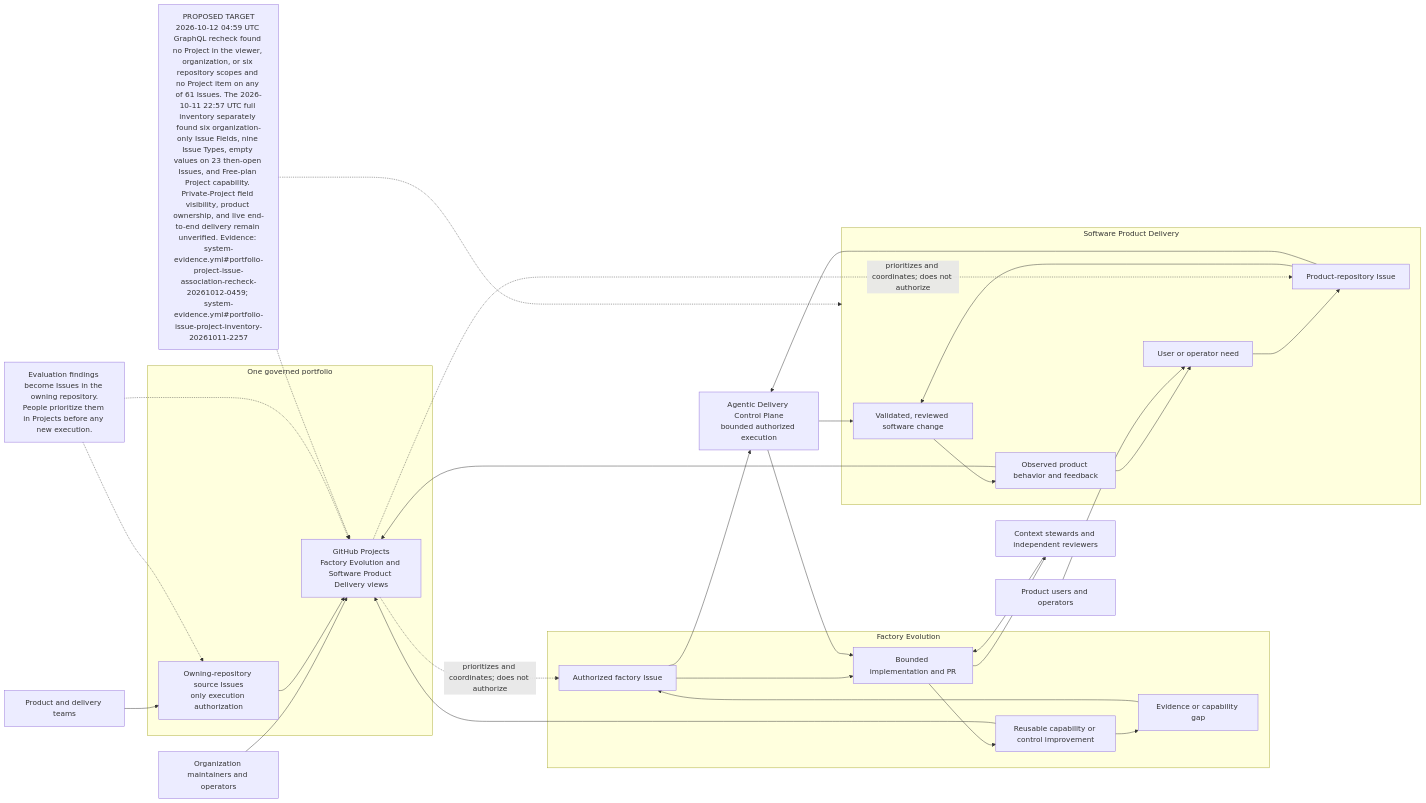
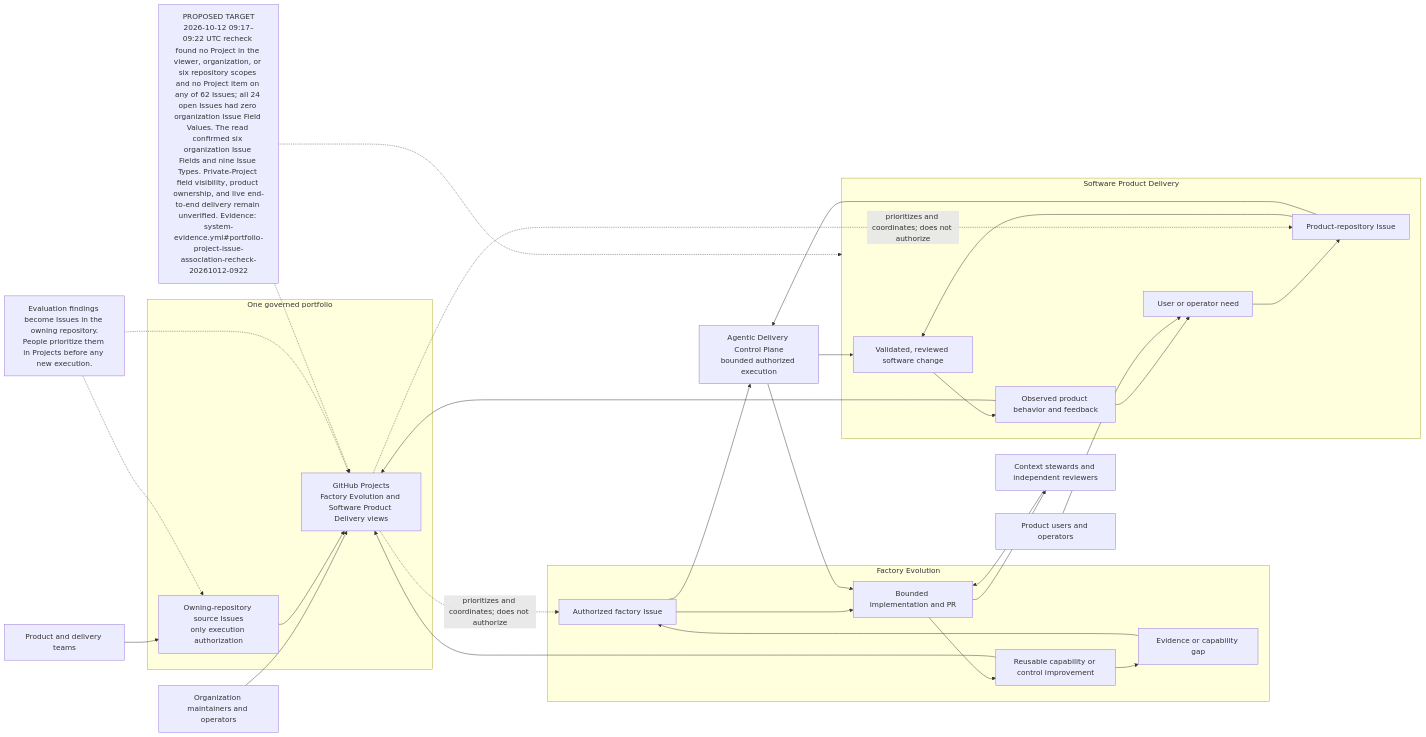
One commit to agentic-delivery-lab/agentic-delivery-architecture changed the diagram in architecture/diagrams/mermaid/strategy-value-streams.mmd. Above: the diagram before and after it, drawn with Mermaid. The commit also changed 19 other files, not shown here.

Commit message:
docs(architecture): refresh portfolio audit evidence

```diff
--- a/architecture/diagrams/mermaid/strategy-value-streams.mmd
+++ b/architecture/diagrams/mermaid/strategy-value-streams.mmd
@@ -1,49 +1,49 @@
 flowchart LR
-  STATUS["PROPOSED TARGET<br/>2026-10-12 04:59 UTC GraphQL recheck found no Project in the viewer, organization, or six repository scopes and no Project item on any of 61 Issues. The 2026-10-11 22:57 UTC full inventory separately found six organization-only Issue Fields, nine Issue Types, empty values on 23 then-open Issues, and Free-plan Project capability. Private-Project field visibility, product ownership, and live end-to-end delivery remain unverified. Evidence: system-evidence.yml#portfolio-project-issue-association-recheck-20261012-0459; system-evidence.yml#portfolio-issue-project-inventory-20261011-2257"]
+  STATUS["PROPOSED TARGET<br/>2026-10-12 09:17–09:22 UTC recheck found no Project in the viewer, organization, or six repository scopes and no Project item on any of 62 Issues; all 24 open Issues had zero organization Issue Field Values. The read confirmed six organization Issue Fields and nine Issue Types. Private-Project field visibility, product ownership, and live end-to-end delivery remain unverified. Evidence: system-evidence.yml#portfolio-project-issue-association-recheck-20261012-0922"]
   MAINTAINERS["Organization maintainers and operators"]
   TEAMS["Product and delivery teams"]
   USERS["Product users and operators"]
   REVIEWERS["Context stewards and independent reviewers"]
   CONTROL["Agentic Delivery Control Plane<br/>bounded authorized execution"]
 
   subgraph PORTFOLIO["One governed portfolio"]
     PROJECT["GitHub Projects<br/>Factory Evolution and Software Product Delivery views"]
     ISSUE["Owning-repository source Issues<br/>only execution authorization"]
   end
 
   subgraph FACTORY["Factory Evolution"]
     F1["Evidence or capability gap"]
     F2["Authorized factory Issue"]
     F3["Bounded implementation and PR"]
     F4["Reusable capability or control improvement"]
     F1 --> F2 --> F3 --> F4
   end
 
   subgraph PRODUCT["Software Product Delivery"]
     P1["User or operator need"]
     P2["Product-repository Issue"]
     P3["Validated, reviewed software change"]
     P4["Observed product behavior and feedback"]
     P1 --> P2 --> P3 --> P4
   end
 
   MAINTAINERS --> PROJECT
   TEAMS --> ISSUE
   REVIEWERS --> F3
   ISSUE --> PROJECT
   PROJECT -. "prioritizes and coordinates; does not authorize" .-> F2
   PROJECT -. "prioritizes and coordinates; does not authorize" .-> P2
   F2 --> CONTROL --> F3
   P2 --> CONTROL --> P3
   F4 --> F1
   P4 --> P1
   F4 --> PROJECT
   P4 --> PROJECT
   USERS --> P1
   F3 --> REVIEWERS
 
   NOTE["Evaluation findings become Issues in the owning repository.<br/>People prioritize them in Projects before any new execution."]
   NOTE -.-> PROJECT
   NOTE -.-> ISSUE
   STATUS -.-> PROJECT
   STATUS -.-> PRODUCT
```
